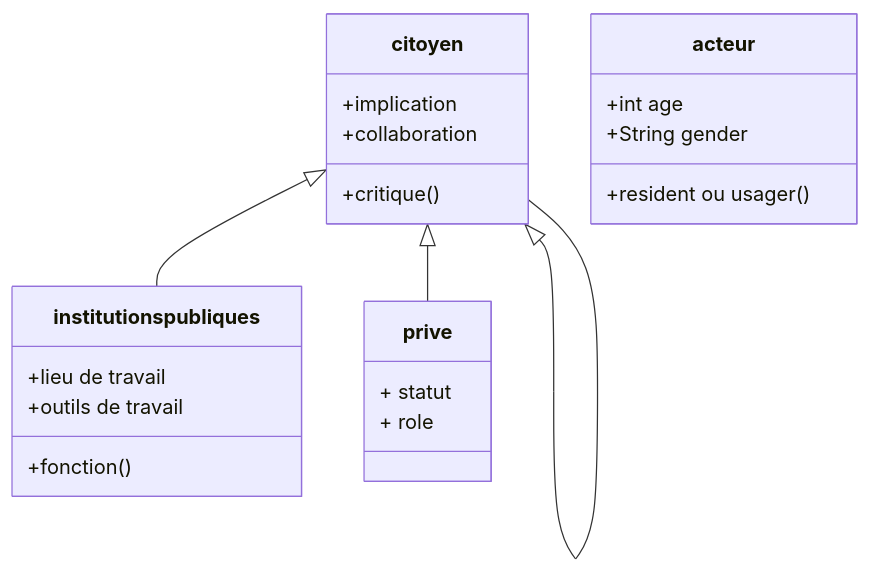
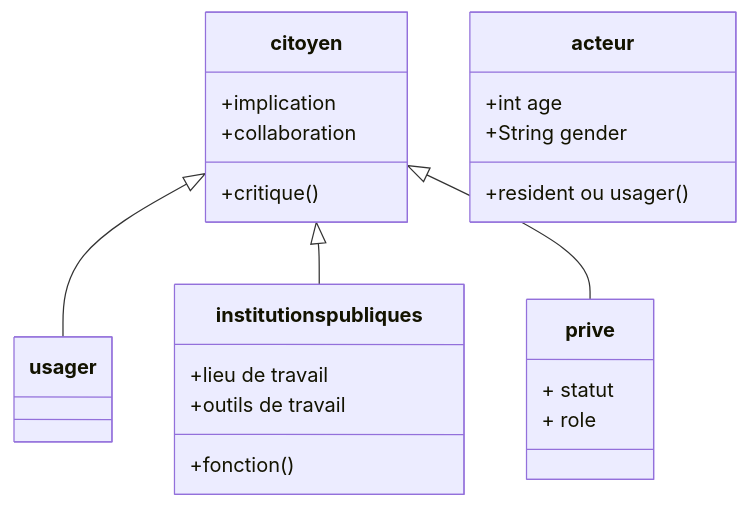
The diagram in acteurskahiarchi.md (kahiarchi/plaine---saint--Denis---batiment-), drawn with Mermaid before and after one commit.

Commit message:
Change class diagram relationship from citoyen to usager

````diff
--- a/acteurskahiarchi.md
+++ b/acteurskahiarchi.md
@@ -1,27 +1,27 @@
 ```mermaid
 classDiagram
-    citoyen <|-- citoyen
+    citoyen <|-- usager
     citoyen <|-- institutions publiques
     citoyen <|-- prive
 
     acteur : +int age
     acteur : +String gender
     acteur: +resident ou usager()
 
   class citoyen{
      +implication 
      +collaboration
 
      +critique ()
     }
     class institutions publiques{
           +lieu de travail
           +outils de travail
 
           +fonction ()
     }
     class prive{
       + statut
      +  role
      }
 ```
````
